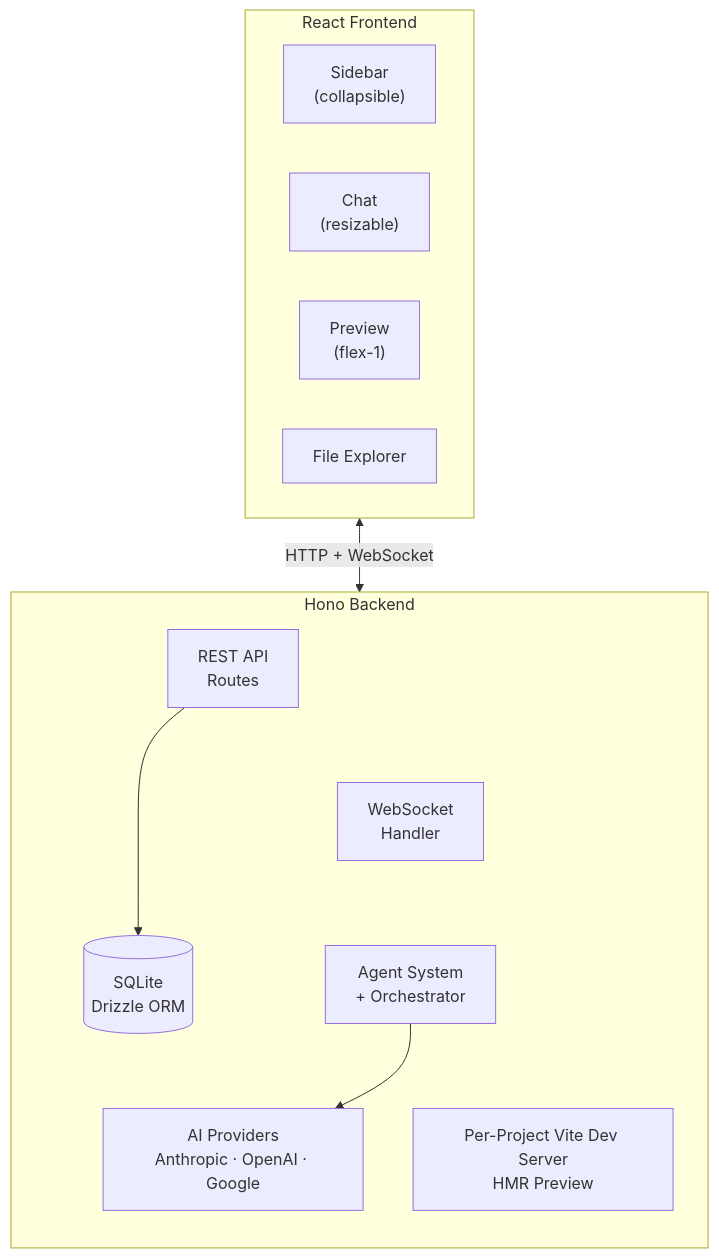
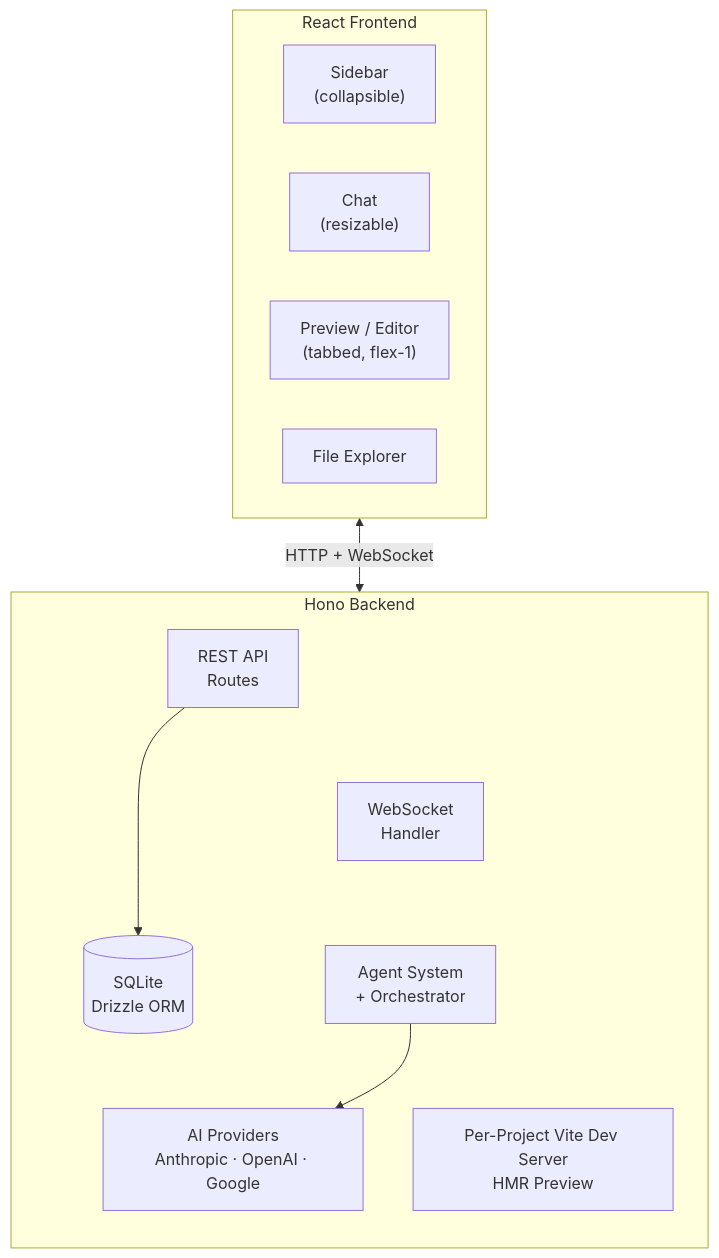
Before and after one commit to anthonybaldwin/page-gen: the diagram in docs/wiki/Architecture.md, drawn with Mermaid. The commit also changed other lines of this file and 5 other files, not shown here.

````diff
--- a/docs/wiki/Architecture.md
+++ b/docs/wiki/Architecture.md
@@ -5,22 +5,22 @@
 ```mermaid
 graph TB
   subgraph FE["React Frontend"]
     direction LR
     SB["Sidebar<br>(collapsible)"]
     CH["Chat<br>(resizable)"]
-    PV["Preview<br>(flex-1)"]
+    PV["Preview / Editor<br>(tabbed, flex-1)"]
     FX["File Explorer"]
   end
 
   FE <-->|"HTTP + WebSocket"| BE
 
   subgraph BE["Hono Backend"]
     direction TB
     REST["REST API<br>Routes"] ~~~ WSH["WebSocket<br>Handler"] ~~~ AGT["Agent System<br>+ Orchestrator"]
     DB[("SQLite<br>Drizzle ORM")] ~~~ AIP["AI Providers<br>Anthropic · OpenAI · Google"]
     VITE["Per-Project Vite Dev Server<br>HMR Preview"]
   end
 
   REST --> DB
   AGT --> AIP
 ```
````
